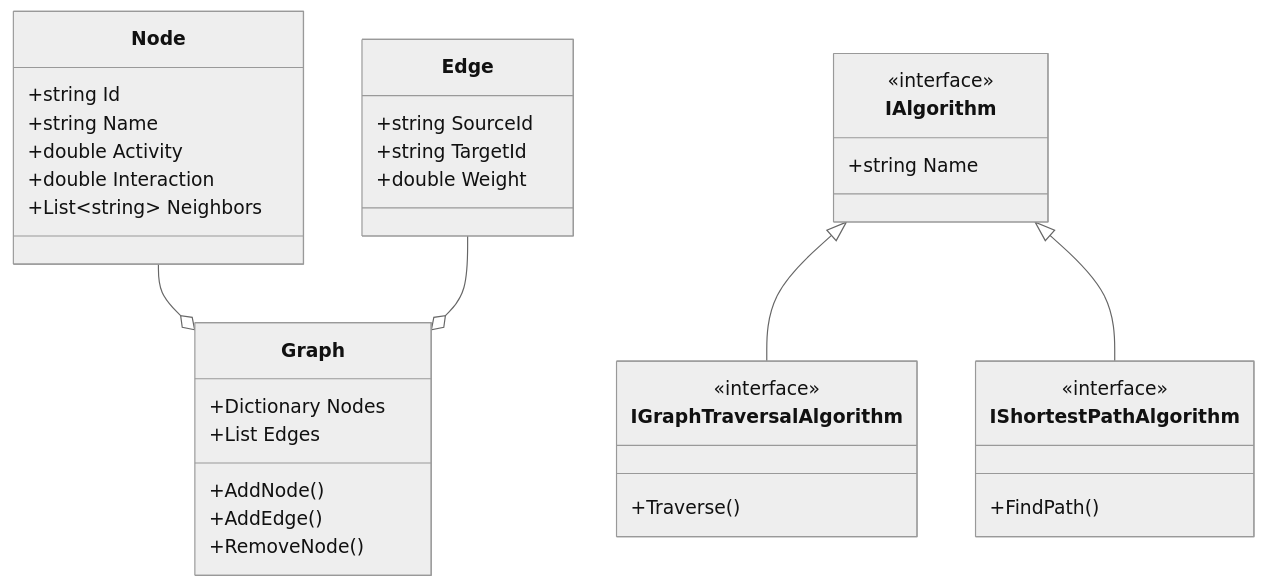
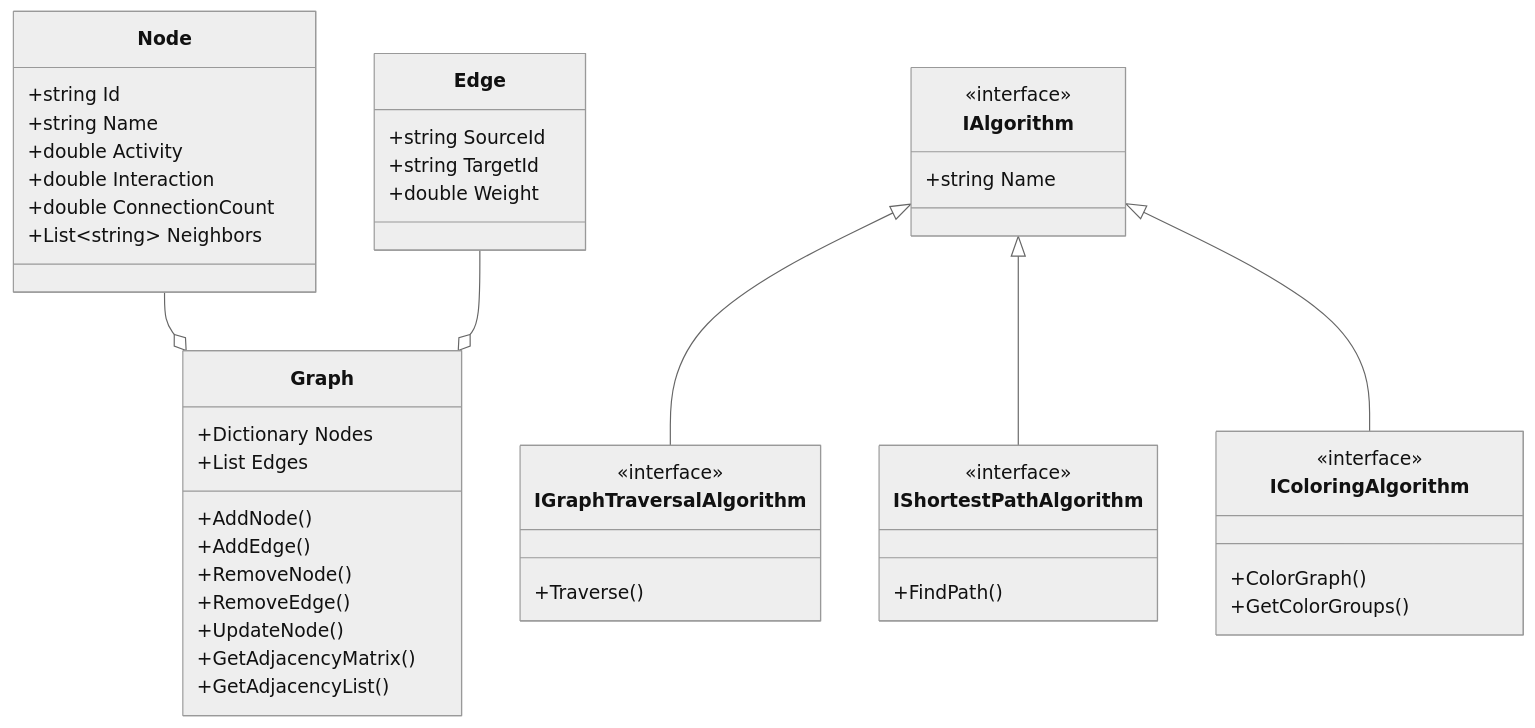
The fourth of 4 diagrams in README.md (EmirKaraman24/LabProje-II), drawn with Mermaid (neutral theme) before and after one commit. The commit also changed other lines of this file and 14 other files, not shown here.

````diff
--- a/README.md
+++ b/README.md
@@ -277,46 +381,58 @@
 ```mermaid
 classDiagram
     direction TB
     
     class Node {
         +string Id
         +string Name
         +double Activity
         +double Interaction
+        +double ConnectionCount
         +List~string~ Neighbors
     }
     
     class Edge {
         +string SourceId
         +string TargetId
         +double Weight
     }
     
     class Graph {
         +Dictionary Nodes
         +List Edges
         +AddNode()
         +AddEdge()
         +RemoveNode()
+        +RemoveEdge()
+        +UpdateNode()
+        +GetAdjacencyMatrix()
+        +GetAdjacencyList()
     }
     
     class IAlgorithm {
         <<interface>>
         +string Name
     }
     
     class IGraphTraversalAlgorithm {
         <<interface>>
         +Traverse()
     }
     
     class IShortestPathAlgorithm {
         <<interface>>
         +FindPath()
     }
     
+    class IColoringAlgorithm {
+        <<interface>>
+        +ColorGraph()
+        +GetColorGroups()
+    }
+    
     Node --o Graph
     Edge --o Graph
     IAlgorithm <|-- IGraphTraversalAlgorithm
     IAlgorithm <|-- IShortestPathAlgorithm
+    IAlgorithm <|-- IColoringAlgorithm
 ```
````
